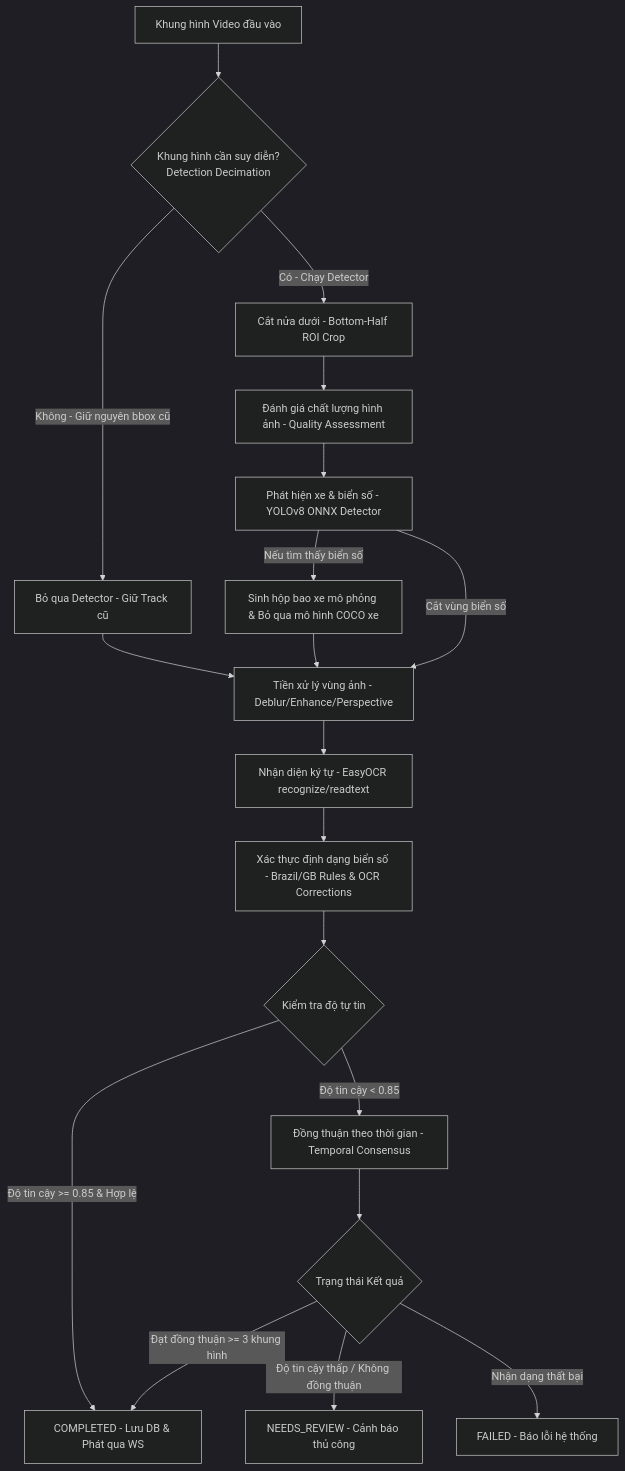
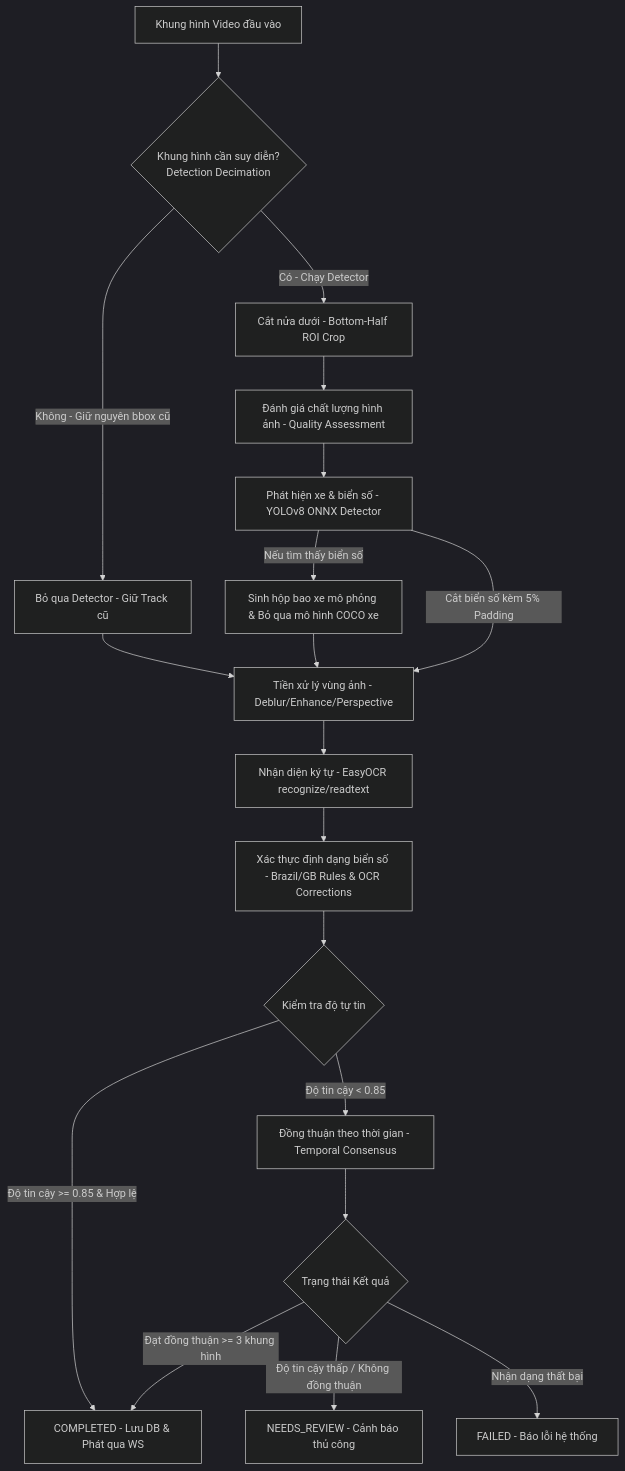
One commit to UET-121/BTL_AIT2004-2 changed the diagram in reports/aiengineer.md. Above: the diagram before and after it, drawn with Mermaid (dark theme). The commit also changed other lines of this file and 8 other files, not shown here.

````diff
--- a/reports/aiengineer.md
+++ b/reports/aiengineer.md
@@ -26,21 +26,21 @@
 ```mermaid
 flowchart TD
     A[Khung hình Video đầu vào] --> B1{Khung hình cần suy diễn? <br>Detection Decimation}
     B1 -->|Không - Giữ nguyên bbox cũ| B2[Bỏ qua Detector - Giữ Track cũ]
     B1 -->|Có - Chạy Detector| B3[Cắt nửa dưới - Bottom-Half ROI Crop]
     B3 --> B[Đánh giá chất lượng hình ảnh - Quality Assessment]
     B --> C[Phát hiện xe & biển số - YOLOv8 ONNX Detector]
     C -->|Nếu tìm thấy biển số| C1[Sinh hộp bao xe mô phỏng & Bỏ qua mô hình COCO xe]
-    C -->|Cắt vùng biển số| D[Tiền xử lý vùng ảnh - Deblur/Enhance/Perspective]
+    C -->|Cắt biển số kèm 5% Padding| D[Tiền xử lý vùng ảnh - Deblur/Enhance/Perspective]
     B2 --> D
     C1 --> D
     D --> E[Nhận diện ký tự - EasyOCR recognize/readtext]
     E --> F[Xác thực định dạng biển số - Brazil/GB Rules & OCR Corrections]
     F --> G{Kiểm tra độ tự tin}
     G -->|Độ tin cậy >= 0.85 & Hợp lệ| I[Auto-Accept - Xác nhận ngay lập tức]
     G -->|Độ tin cậy < 0.85| G1[Đồng thuận theo thời gian - Temporal Consensus]
     G1 --> H{Trạng thái Kết quả}
     H -->|Đạt đồng thuận >= 3 khung hình| I[COMPLETED - Lưu DB & Phát qua WS]
     H -->|Độ tin cậy thấp / Không đồng thuận| J[NEEDS_REVIEW - Cảnh báo thủ công]
     H -->|Nhận dạng thất bại| K[FAILED - Báo lỗi hệ thống]
 ```
````
